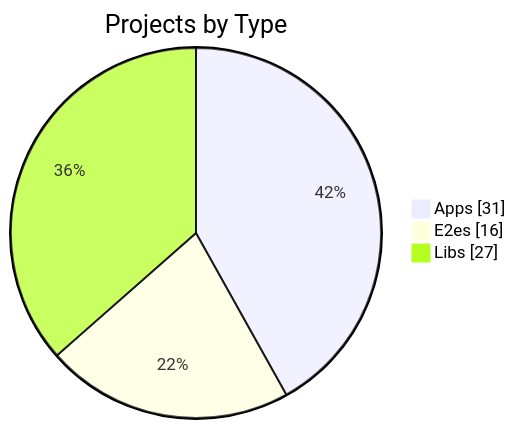
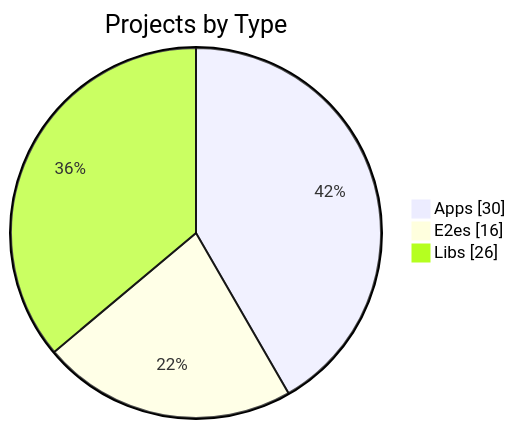
One commit to KBVE/kbve changed the first of 3 diagrams in apps/kbve/astro-kbve/src/content/docs/dashboard/graph.mdx. Above: the diagram before and after it, drawn with Mermaid. The commit also changed other lines of this file and 8 other files, not shown here.

````diff
--- a/apps/kbve/astro-kbve/src/content/docs/dashboard/graph.mdx
+++ b/apps/kbve/astro-kbve/src/content/docs/dashboard/graph.mdx
@@ -56,7 +56,7 @@
 ```mermaid
 pie showData
     title Projects by Type
-    "Apps" : 31
+    "Apps" : 30
     "E2es" : 16
-    "Libs" : 27
+    "Libs" : 26
 ```
````
